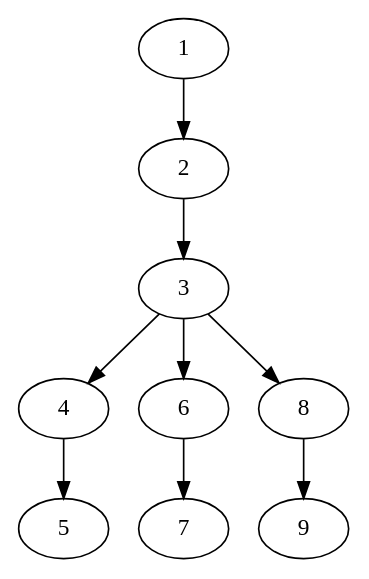
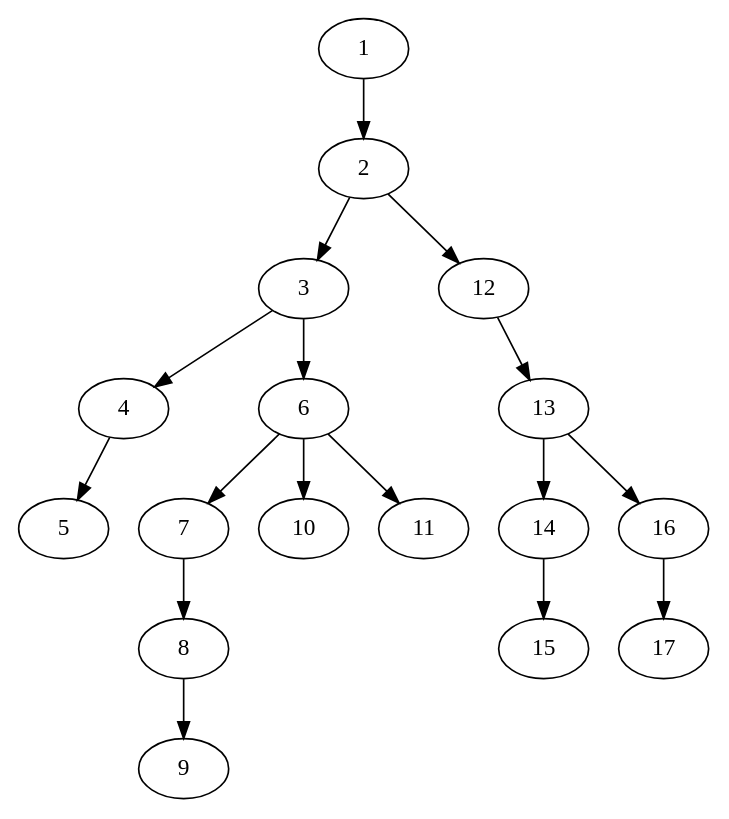
Before and after one commit to Ajax12345/caspian-lang: the diagram in caspian/src/ast_stuff.dot, drawn with Graphviz. The commit also changed 6 other files, not shown here.

```diff
--- a/caspian/src/ast_stuff.dot
+++ b/caspian/src/ast_stuff.dot
@@ -1,10 +1,18 @@
 strict digraph "" {
 	1 -> 2;
 	2 -> 3;
+	2 -> 12;
 	3 -> 4;
 	3 -> 6;
-	3 -> 8;
 	4 -> 5;
 	6 -> 7;
+	6 -> 10;
+	6 -> 11;
+	7 -> 8;
 	8 -> 9;
+	12 -> 13;
+	13 -> 14;
+	13 -> 16;
+	14 -> 15;
+	16 -> 17;
 }
```
